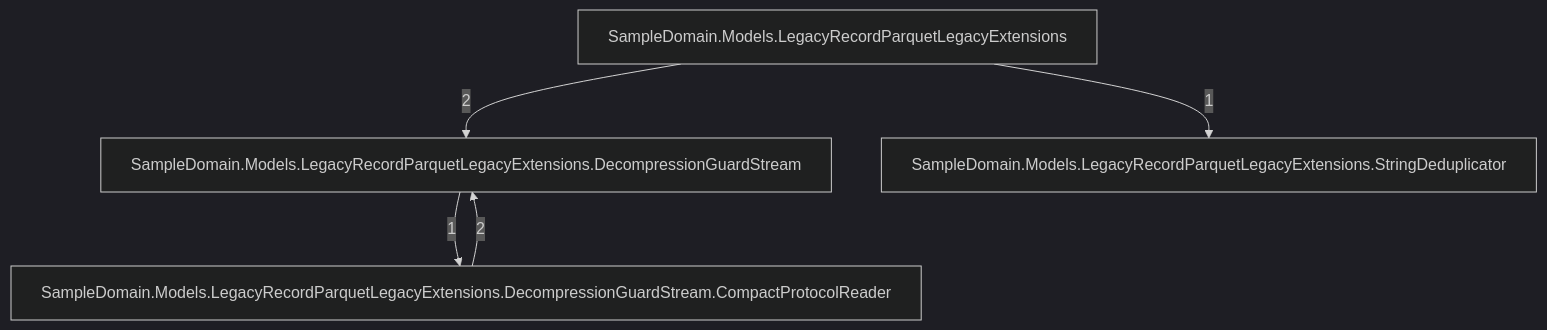
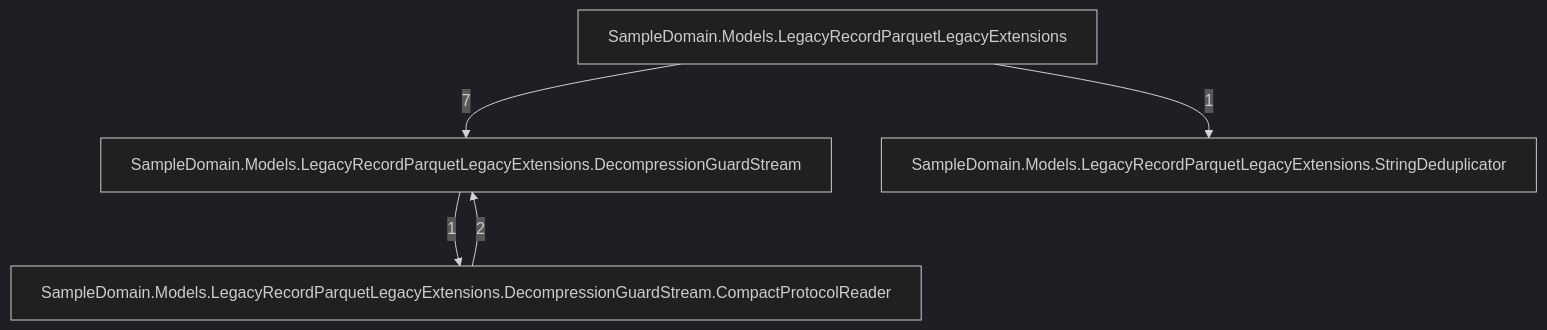
Before and after one commit to rtkelly13/Parquet.SourceGenerator: the first of 7 diagrams in docs/callgraph-generated.md, drawn with Mermaid (dark theme). The commit also changed other lines of this file and 33 other files, not shown here.

````diff
--- a/docs/callgraph-generated.md
+++ b/docs/callgraph-generated.md
@@ -10,11 +10,11 @@
 ```mermaid
 graph TD
     tsampledomainmodelslegacyrecordparquetlegacyextensions_055["SampleDomain.Models.LegacyRecordParquetLegacyExtensions"]
     tsampledomainmodelslegacyrecordparquetlegacyextensionsdecompressionguardstream_080["SampleDomain.Models.LegacyRecordParquetLegacyExtensions.DecompressionGuardStream"]
     tsampledomainmodelslegacyrecordparquetlegacyextensionsdecompressionguardstreamcompactprotocolreader_102["SampleDomain.Models.LegacyRecordParquetLegacyExtensions.DecompressionGuardStream.CompactProtocolReader"]
     tsampledomainmodelslegacyrecordparquetlegacyextensionsstringdeduplicator_074["SampleDomain.Models.LegacyRecordParquetLegacyExtensions.StringDeduplicator"]
     tsampledomainmodelslegacyrecordparquetlegacyextensionsdecompressionguardstreamcompactprotocolreader_102 -->|2| tsampledomainmodelslegacyrecordparquetlegacyextensionsdecompressionguardstream_080
     tsampledomainmodelslegacyrecordparquetlegacyextensionsdecompressionguardstream_080 -->|1| tsampledomainmodelslegacyrecordparquetlegacyextensionsdecompressionguardstreamcompactprotocolreader_102
-    tsampledomainmodelslegacyrecordparquetlegacyextensions_055 -->|2| tsampledomainmodelslegacyrecordparquetlegacyextensionsdecompressionguardstream_080
+    tsampledomainmodelslegacyrecordparquetlegacyextensions_055 -->|7| tsampledomainmodelslegacyrecordparquetlegacyextensionsdecompressionguardstream_080
     tsampledomainmodelslegacyrecordparquetlegacyextensions_055 -->|1| tsampledomainmodelslegacyrecordparquetlegacyextensionsstringdeduplicator_074
 ```
````
